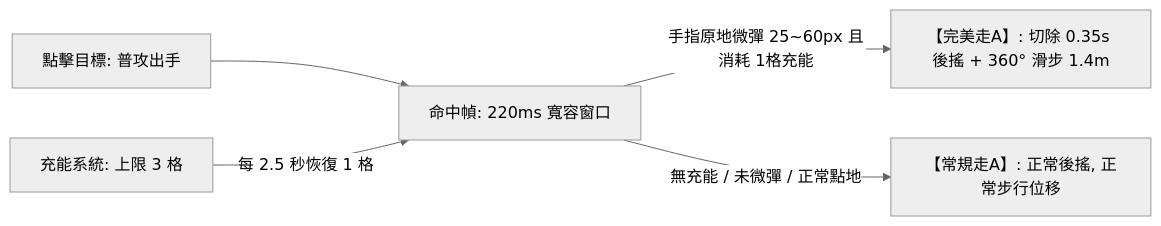
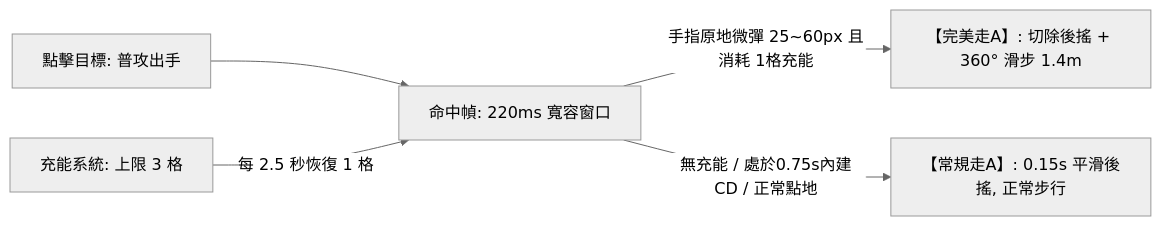
One commit to 9gf6p4448m-del/vow3d changed the first of 3 diagrams in README.md. Above: the diagram before and after it, drawn with Mermaid (neutral theme). The commit also changed other lines of this file and 1 other file, not shown here.

Commit message:
docs: release Hardened Production Architecture v3.2 (implementing all Premortem v3.1 defensive guardrails)

````diff
--- a/README.md
+++ b/README.md
@@ -26,7 +26,7 @@
 ```mermaid
 graph LR
     A[點擊目標: 普攻出手] --> B[命中幀: 220ms 寬容窗口]
-    B -->|手指原地微彈 25~60px 且消耗 1格充能| C[【完美走A】: 切除 0.35s 後搖 + 360° 滑步 1.4m]
-    B -->|無充能 / 未微彈 / 正常點地| D[【常規走A】: 正常後搖, 正常步行位移]
+    B -->|手指原地微彈 25~60px 且消耗 1格充能| C[【完美走A】: 切除後搖 + 360° 滑步 1.4m]
+    B -->|無充能 / 處於0.75s內建CD / 正常點地| D[【常規走A】: 0.15s 平滑後搖, 正常步行]
     E[充能系統: 上限 3 格] -->|每 2.5 秒恢復 1 格| B
 ```
````
